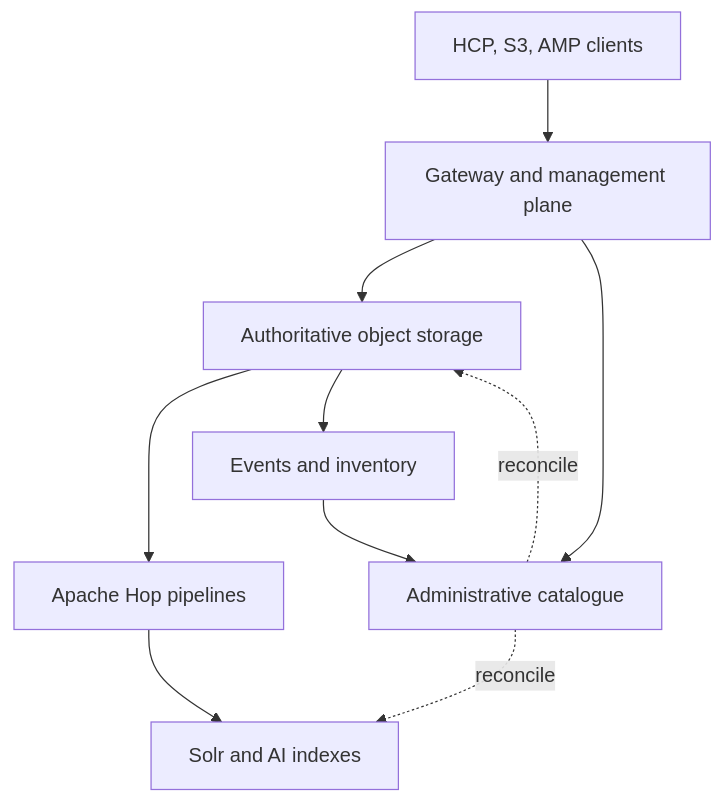
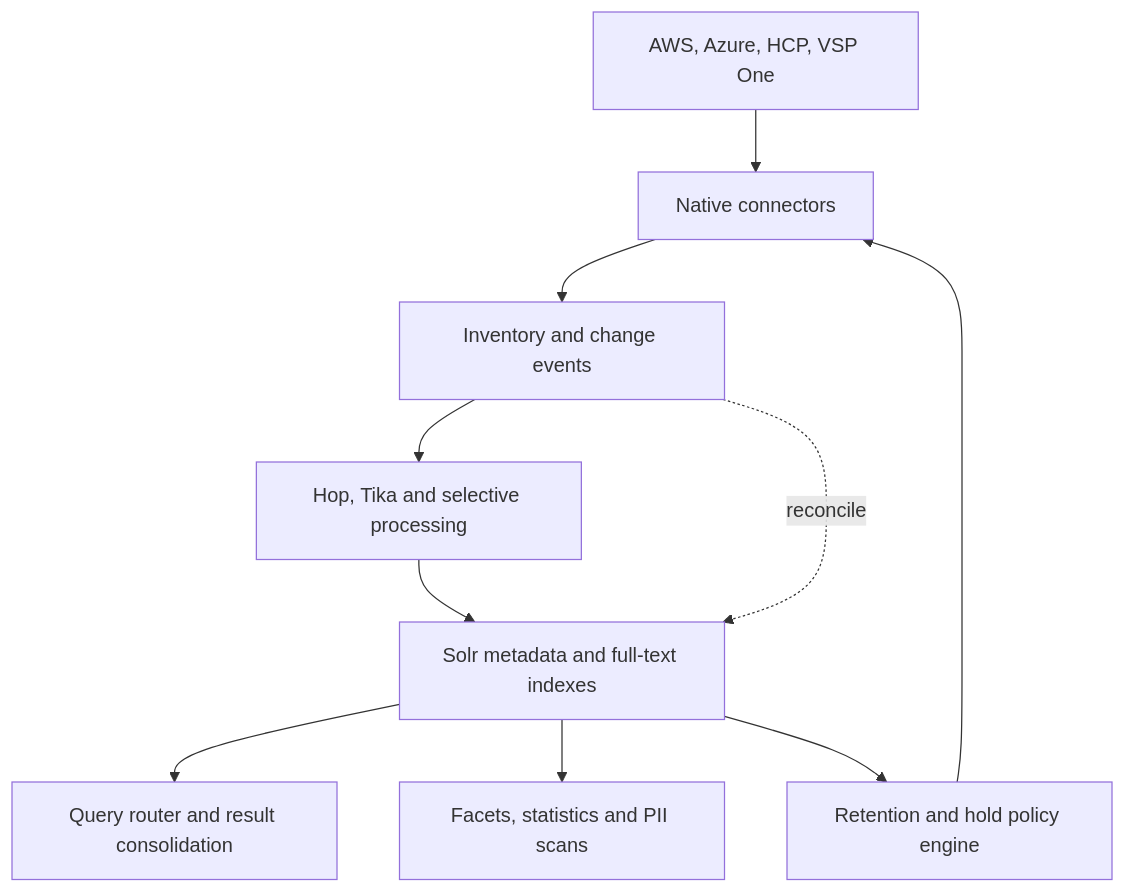
One commit to hitendrakumartalluri-cpu/DataAmp changed the diagram in docs/ARCHITECTURE.md. Above: the diagram before and after it, drawn with Mermaid. The commit also changed other lines of this file and 62 other files, not shown here.

Commit message:
refactor: retire gateway and focus AMP on indexing governance

````diff
--- a/docs/ARCHITECTURE.md
+++ b/docs/ARCHITECTURE.md
@@ -7,12 +5,12 @@
 ```mermaid
 flowchart TD
-  C["HCP, S3, AMP clients"] --> G["Gateway and management plane"]
-  G --> S["Authoritative object storage"]
-  S --> H["Apache Hop pipelines"]
-  H --> I["Solr and AI indexes"]
-  G --> A["Administrative catalogue"]
-  S --> E["Events and inventory"]
-  E --> A
-  A -. reconcile .-> S
-  A -. reconcile .-> I
+  S["AWS, Azure, HCP, VSP One"] --> C["Native connectors"]
+  C --> E["Inventory and change events"]
+  E --> P["Hop, Tika and selective processing"]
+  P --> I["Solr metadata and full-text indexes"]
+  I --> Q["Query router and result consolidation"]
+  I --> A["Facets, statistics and PII scans"]
+  I --> G["Retention and hold policy engine"]
+  G --> C
+  E -. reconcile .-> I
 ```
````
